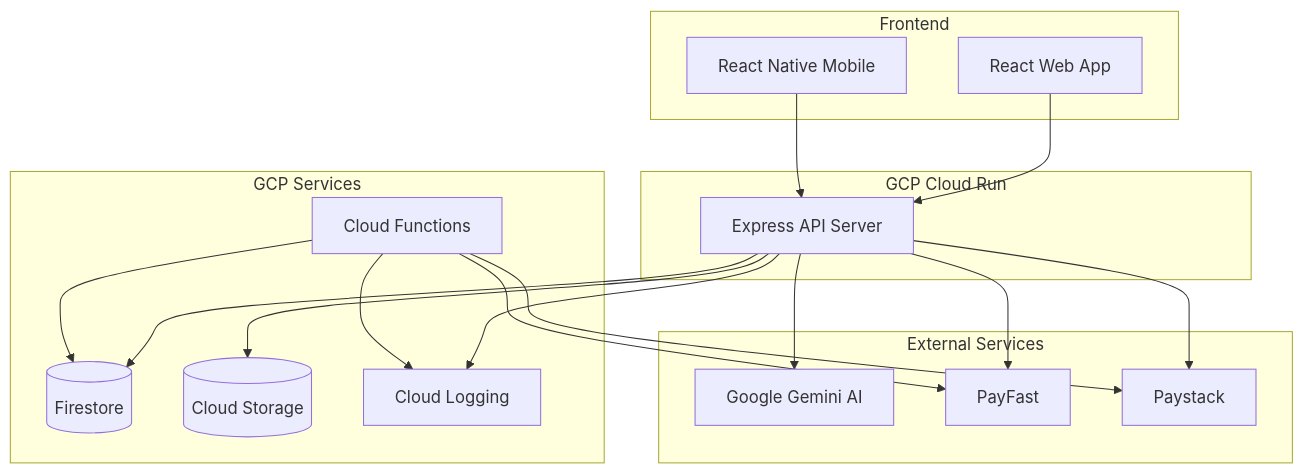
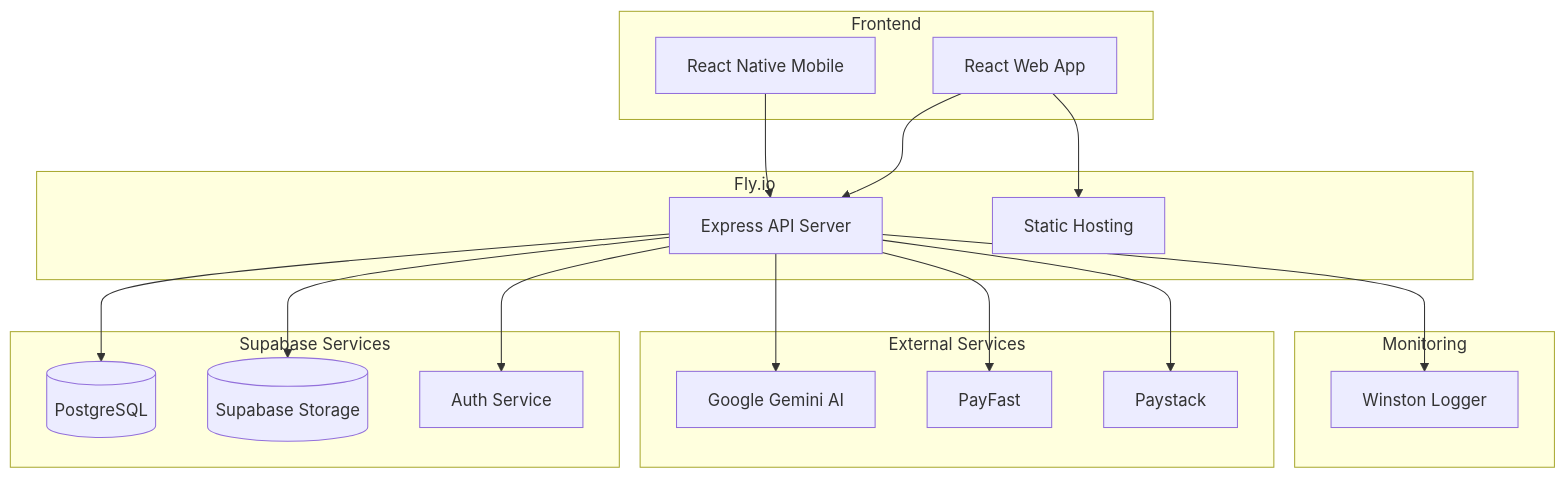
Before and after one commit to AllanDzingo/caps360: the diagram in docs/architecture.md, drawn with Mermaid. The commit also changed other lines of this file and 29 other files, not shown here.

Commit message:
docs: Remove GCP references and update to Supabase/Fly.io stack

````diff
--- a/docs/architecture.md
+++ b/docs/architecture.md
@@ -7,37 +7,39 @@
 ```mermaid
 graph TB
     subgraph "Frontend"
         WEB[React Web App]
         MOBILE[React Native Mobile]
     end
     
-    subgraph "GCP Cloud Run"
+    subgraph "Fly.io"
         API[Express API Server]
+        STATIC[Static Hosting]
     end
     
-    subgraph "GCP Services"
-        FIRESTORE[(Firestore)]
-        STORAGE[(Cloud Storage)]
-        FUNCTIONS[Cloud Functions]
-        LOGGING[Cloud Logging]
+    subgraph "Supabase Services"
+        DB[(PostgreSQL)]
+        STORAGE[(Supabase Storage)]
+        AUTH[Auth Service]
     end
     
     subgraph "External Services"
         GEMINI[Google Gemini AI]
         PAYFAST[PayFast]
         PAYSTACK[Paystack]
     end
     
+    subgraph "Monitoring"
+        LOGGING[Winston Logger]
+    end
+    
     WEB --> API
     MOBILE --> API
-    API --> FIRESTORE
+    WEB --> STATIC
+    API --> DB
     API --> STORAGE
+    API --> AUTH
     API --> GEMINI
     API --> PAYFAST
     API --> PAYSTACK
-    FUNCTIONS --> FIRESTORE
-    FUNCTIONS --> PAYFAST
-    FUNCTIONS --> PAYSTACK
     API --> LOGGING
-    FUNCTIONS --> LOGGING
 ```
````
